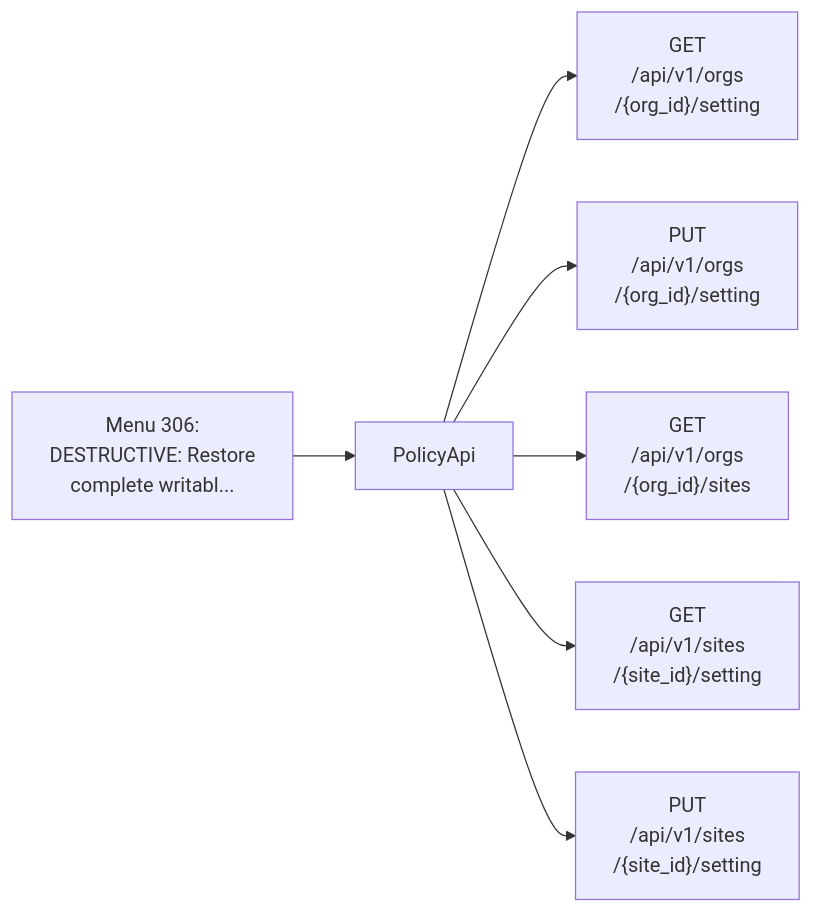
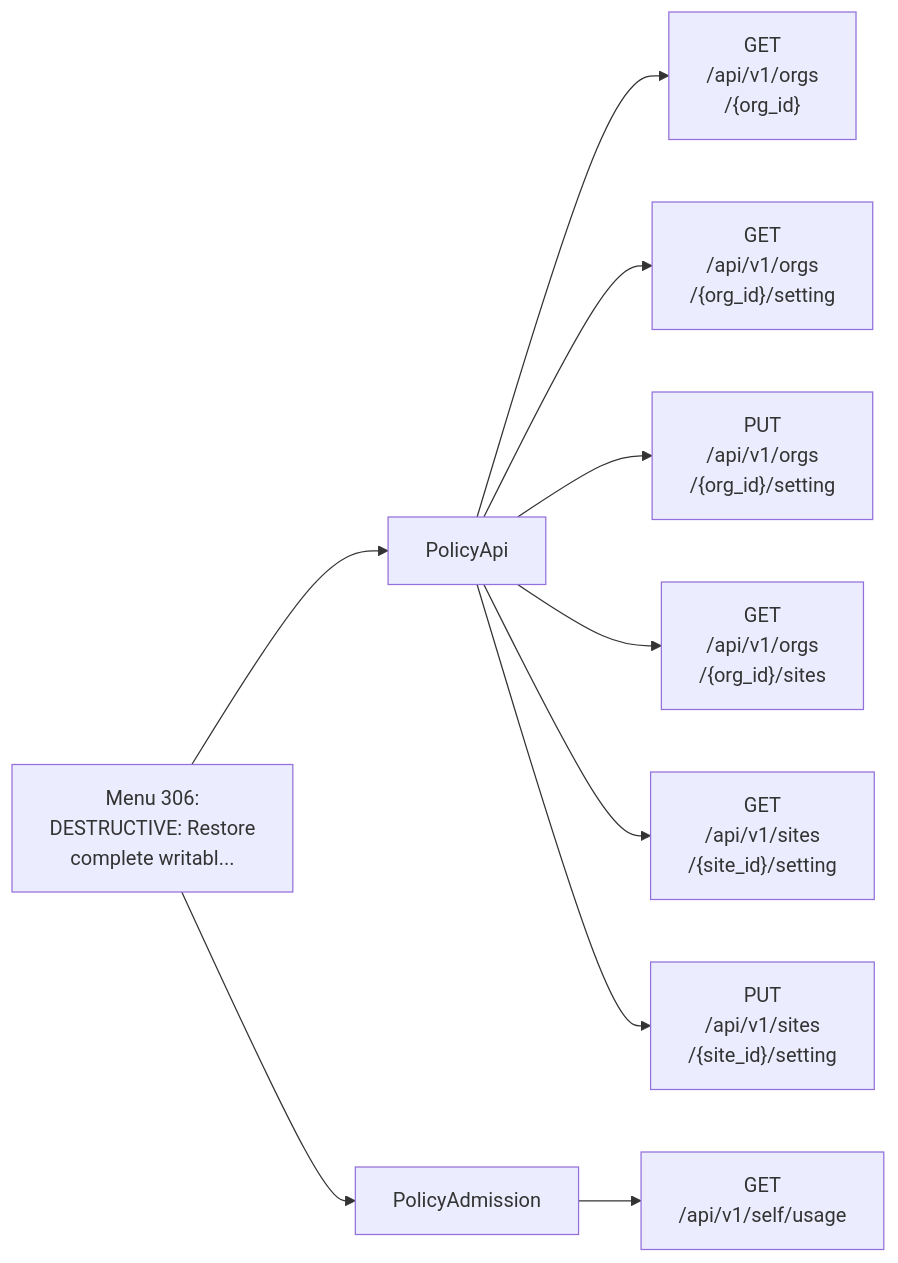
One commit to jmorrison-juniper/MistHelper changed diagram 33 of 33 in documentation/menu-api/destructive.md. Above: the diagram before and after it, drawn with Mermaid. The commit also changed other lines of this file and 59 other files, not shown here.

````diff
--- a/documentation/menu-api/destructive.md
+++ b/documentation/menu-api/destructive.md
@@ -1156,10 +1159,13 @@
 ```mermaid
 flowchart LR
     menu["Menu 306:<br/>DESTRUCTIVE: Restore<br/>complete writabl..."]
     menu --> c1["PolicyApi"]
-    c1 --> e1["GET<br/>/api/v1/orgs<br/>/{org_id}/setting"]
-    c1 --> e2["PUT<br/>/api/v1/orgs<br/>/{org_id}/setting"]
-    c1 --> e3["GET<br/>/api/v1/orgs<br/>/{org_id}/sites"]
-    c1 --> e4["GET<br/>/api/v1/sites<br/>/{site_id}/setting"]
-    c1 --> e5["PUT<br/>/api/v1/sites<br/>/{site_id}/setting"]
+    c1 --> e1["GET<br/>/api/v1/orgs<br/>/{org_id}"]
+    c1 --> e2["GET<br/>/api/v1/orgs<br/>/{org_id}/setting"]
+    c1 --> e3["PUT<br/>/api/v1/orgs<br/>/{org_id}/setting"]
+    c1 --> e4["GET<br/>/api/v1/orgs<br/>/{org_id}/sites"]
+    c1 --> e5["GET<br/>/api/v1/sites<br/>/{site_id}/setting"]
+    c1 --> e6["PUT<br/>/api/v1/sites<br/>/{site_id}/setting"]
+    menu --> c2["PolicyAdmission"]
+    c2 --> e7["GET<br/>/api/v1/self/usage"]
 ```
````
